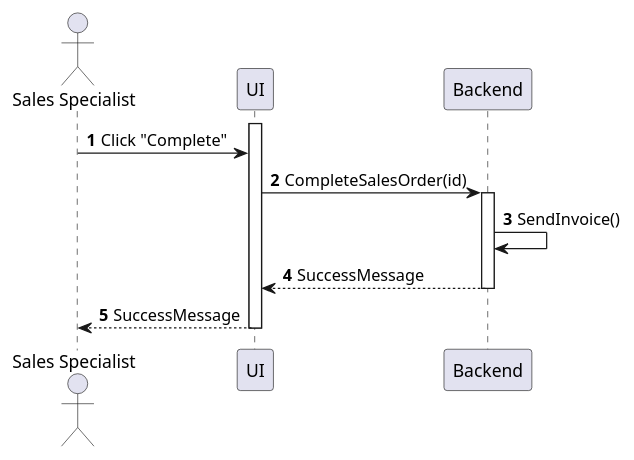
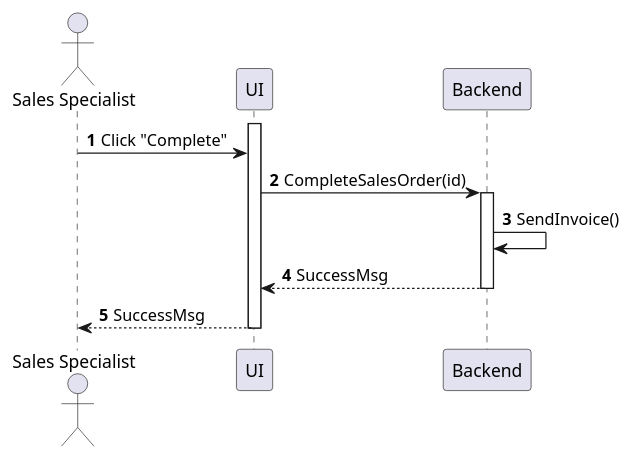
One commit to phihungha/scmss-reqs changed the diagram in sequences/sales-order-complete.plantuml. Above: the diagram before and after it, drawn with PlantUML. The commit also changed 17 other files, not shown here.

```diff
--- a/sequences/sales-order-complete.plantuml
+++ b/sequences/sales-order-complete.plantuml
@@ -1,16 +1,16 @@
 @startuml sales-order-complete
 autonumber
 
 actor "Sales Specialist" as a
 participant UI as f
 participant Backend as b
 
 activate f
 a -> f : Click "Complete"
 f -> b : CompleteSalesOrder(id)
 activate b
 b -> b : SendInvoice()
-return SuccessMessage
-f --> a : SuccessMessage
+return SuccessMsg
+f --> a : SuccessMsg
 deactivate f
 @enduml
```
